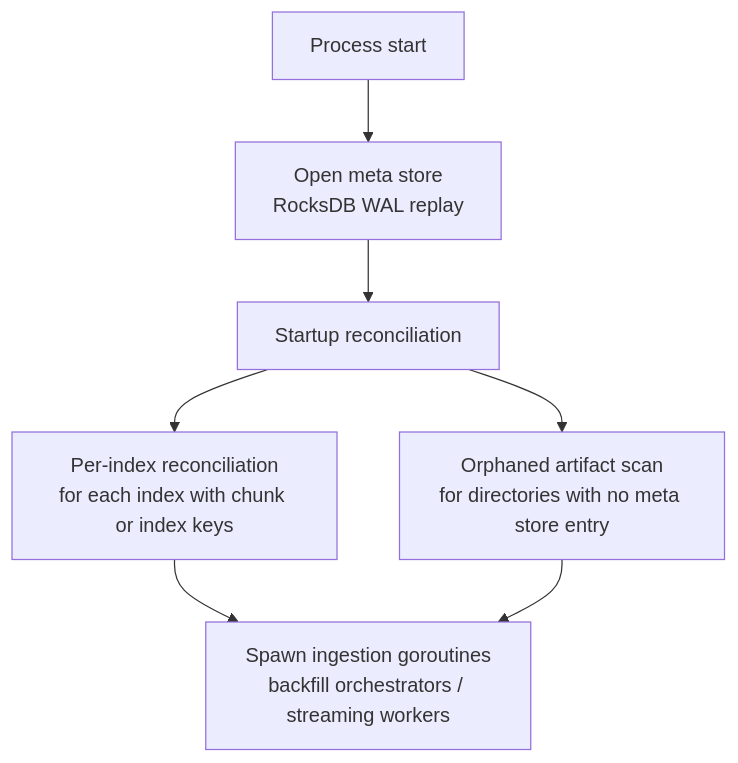
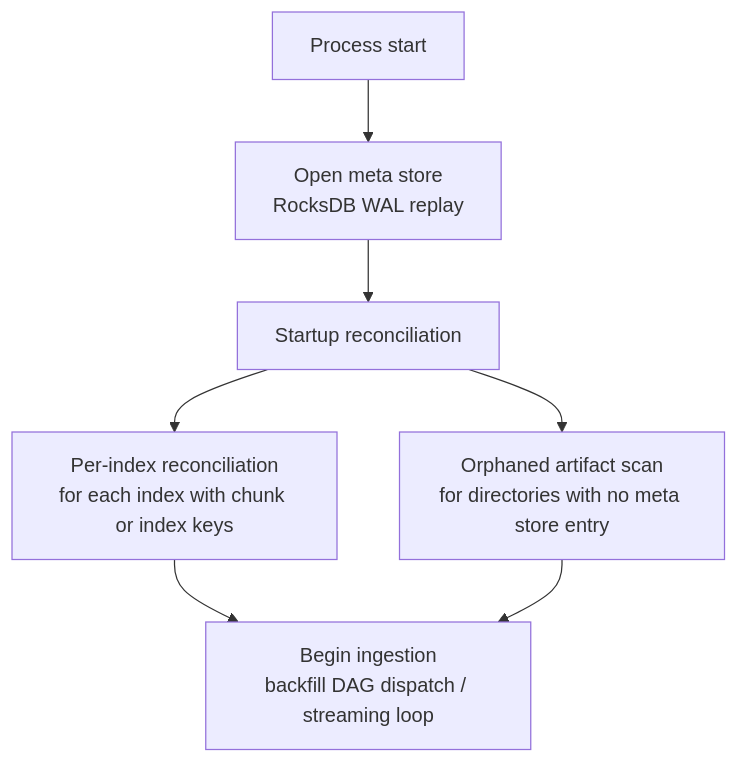
One commit to stellar/stellar-rpc changed the first of 2 diagrams in full-history/design-docs/07-crash-recovery.md. Above: the diagram before and after it, drawn with Mermaid. The commit also changed other lines of this file and 9 other files, not shown here.

````diff
--- a/full-history/design-docs/07-crash-recovery.md
+++ b/full-history/design-docs/07-crash-recovery.md
@@ -71,9 +71,9 @@
 ```mermaid
 flowchart TD
     A[Process start] --> B[Open meta store\nRocksDB WAL replay]
     B --> C[Startup reconciliation]
     C --> C1[Per-index reconciliation\nfor each index with chunk or index keys]
     C --> C2[Orphaned artifact scan\nfor directories with no meta store entry]
-    C1 --> D[Spawn ingestion goroutines\nbackfill orchestrators / streaming workers]
+    C1 --> D[Begin ingestion\nbackfill DAG dispatch / streaming loop]
     C2 --> D
 ```
````
